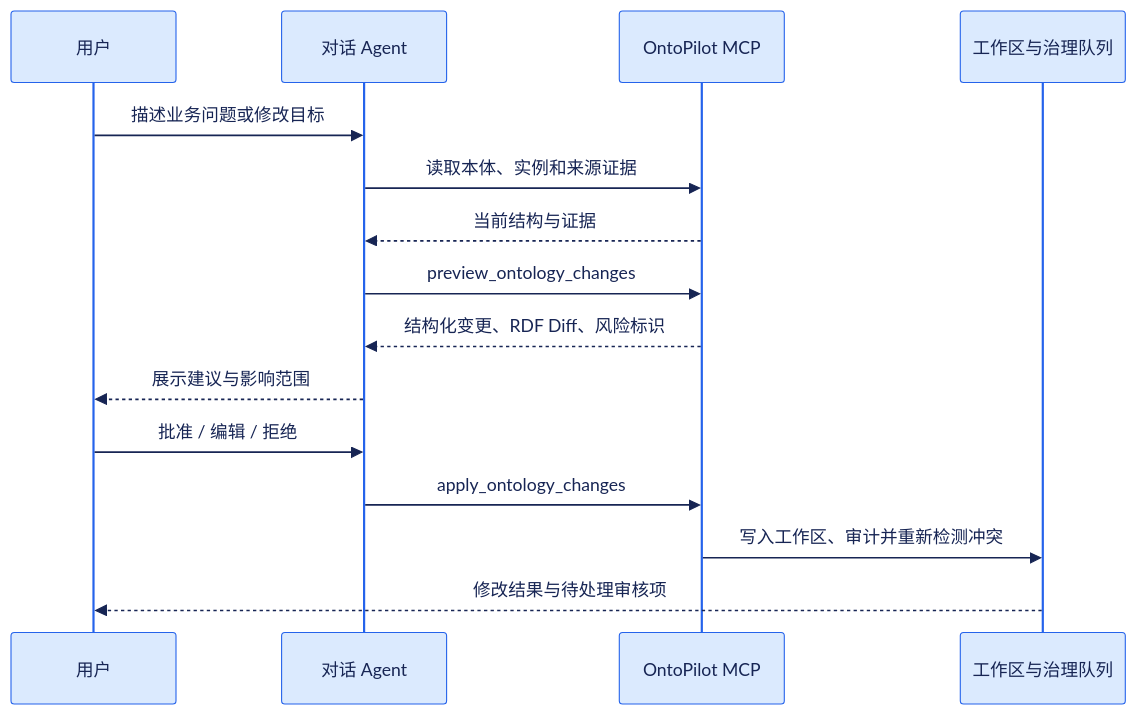
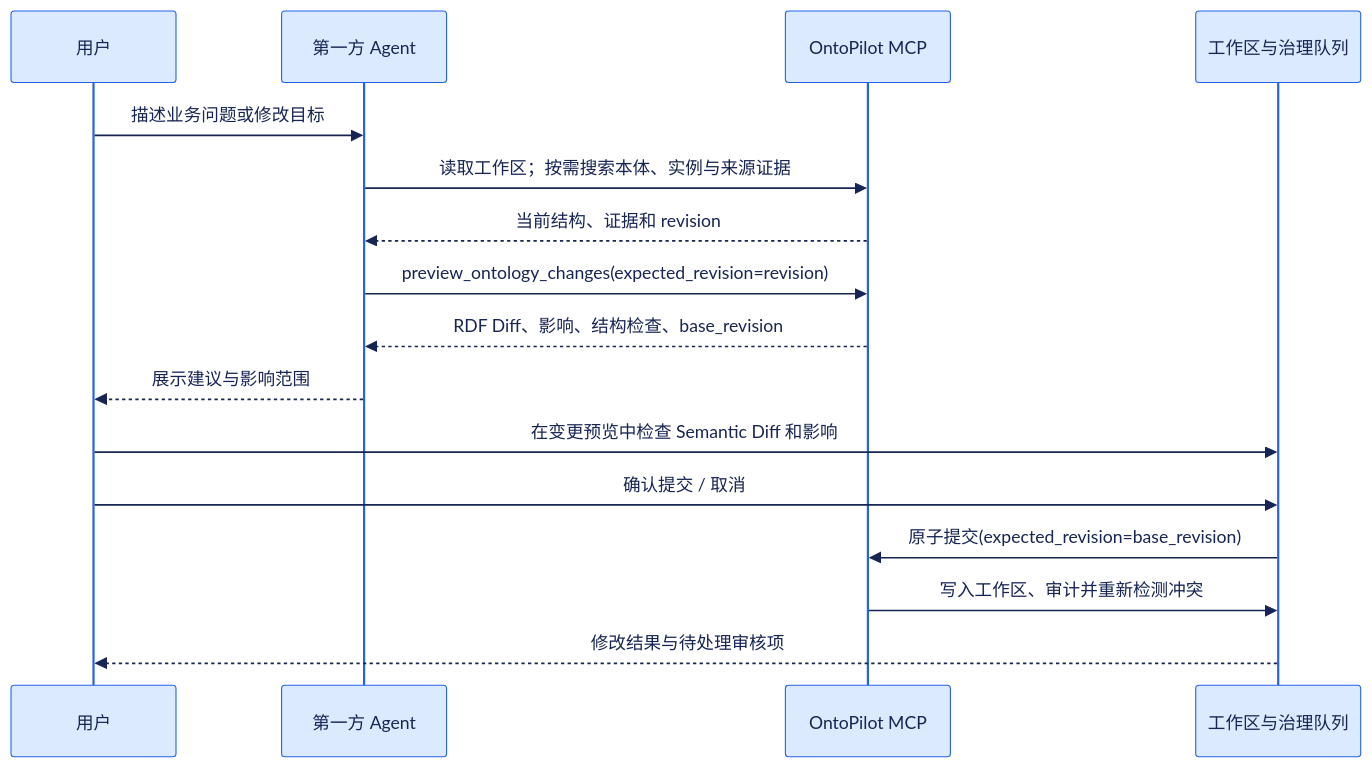
Before and after one commit to deeplethe/utopia: the second of 2 diagrams in frontend/src/content/docs/zh-CN/mcp.md, drawn with Mermaid. The commit also changed other lines of this file and 65 other files, not shown here.

First line of the commit message:
feat: add agent-assisted ontology governance

````diff
--- a/frontend/src/content/docs/zh-CN/mcp.md
+++ b/frontend/src/content/docs/zh-CN/mcp.md
@@ -113,18 +122,19 @@
 ```mermaid
 %%{init: {"theme":"base","themeVariables":{"primaryColor":"#dbeafe","primaryTextColor":"#172554","primaryBorderColor":"#2563eb","lineColor":"#3b82f6","secondaryColor":"#eff6ff","tertiaryColor":"#ffffff","fontFamily":"Inter, ui-sans-serif, system-ui"}}}%%
 sequenceDiagram
     participant U as 用户
-    participant A as 对话 Agent
+    participant A as 第一方 Agent
     participant M as OntoPilot MCP
     participant G as 工作区与治理队列
     U->>A: 描述业务问题或修改目标
-    A->>M: 读取本体、实例和来源证据
-    M-->>A: 当前结构与证据
-    A->>M: preview_ontology_changes
-    M-->>A: 结构化变更、RDF Diff、风险标识
+    A->>M: 读取工作区；按需搜索本体、实例与来源证据
+    M-->>A: 当前结构、证据和 revision
+    A->>M: preview_ontology_changes(expected_revision=revision)
+    M-->>A: RDF Diff、影响、结构检查、base_revision
     A-->>U: 展示建议与影响范围
-    U->>A: 批准 / 编辑 / 拒绝
-    A->>M: apply_ontology_changes
+    U->>G: 在变更预览中检查 Semantic Diff 和影响
+    U->>G: 确认提交 / 取消
+    G->>M: 原子提交(expected_revision=base_revision)
     M->>G: 写入工作区、审计并重新检测冲突
     G-->>U: 修改结果与待处理审核项
 ```
````
